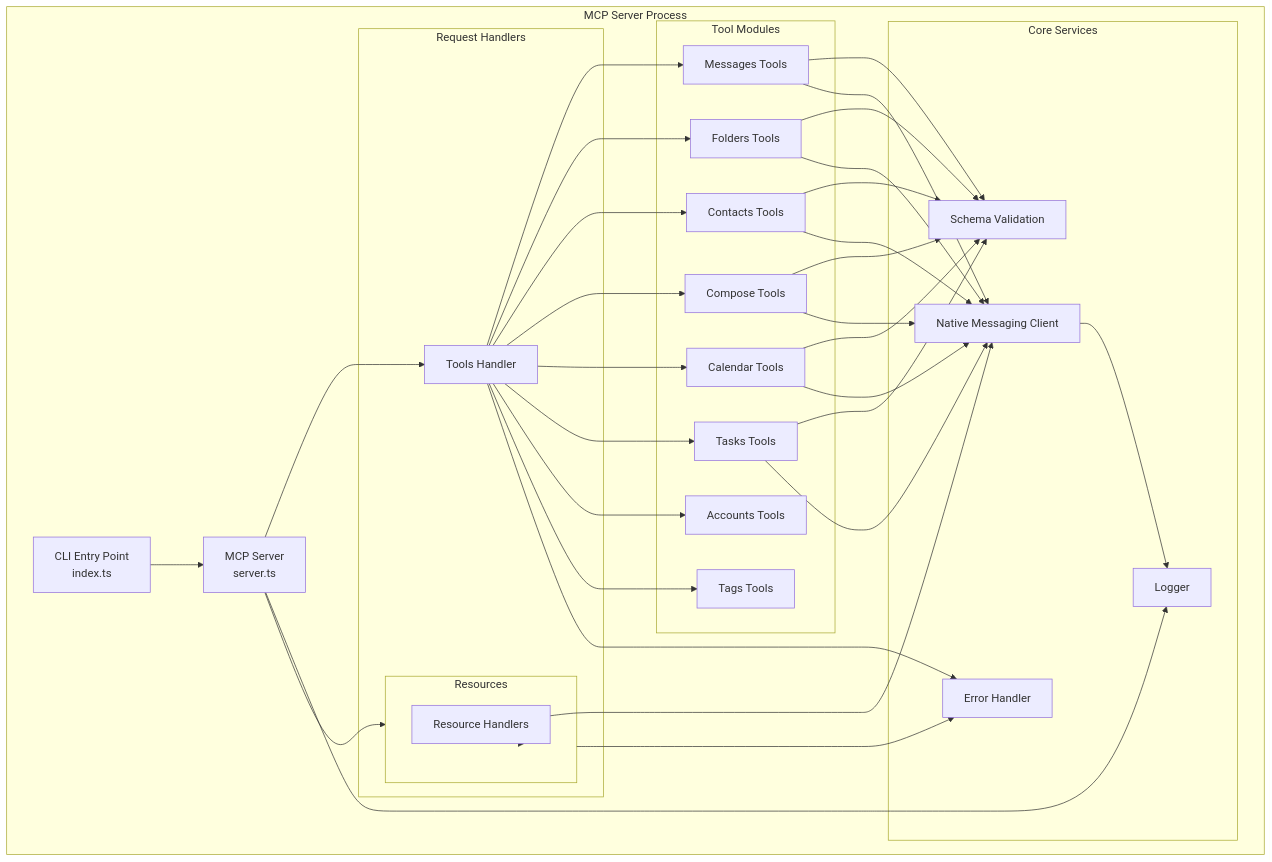
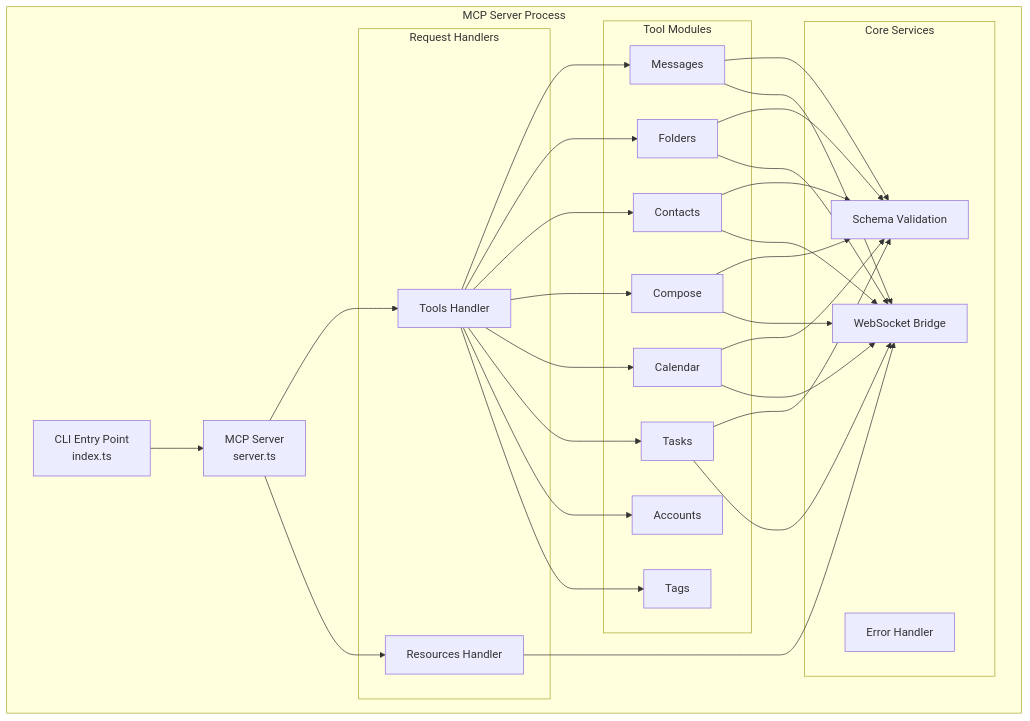
The diagram in docs/architecture/server.md (assistance-micro-design/zileo-mcp-thunderbird), drawn with Mermaid before and after one commit. The commit also changed other lines of this file and 28 other files, not shown here.

````diff
--- a/docs/architecture/server.md
+++ b/docs/architecture/server.md
@@ -48,70 +43,29 @@
 ```mermaid
 graph TB
     subgraph "MCP Server Process"
         CLI[CLI Entry Point<br/>index.ts]
         Server[MCP Server<br/>server.ts]
 
         subgraph "Request Handlers"
             Tools[Tools Handler]
             Resources[Resources Handler]
         end
 
         subgraph "Tool Modules"
-            MSG[Messages Tools]
-            FLD[Folders Tools]
-            CNT[Contacts Tools]
-            CMP[Compose Tools]
-            CAL[Calendar Tools]
-            TSK[Tasks Tools]
-            ACC[Accounts Tools]
-            TAG[Tags Tools]
+            MSG[Messages] & FLD[Folders] & CNT[Contacts] & CMP[Compose]
+            CAL[Calendar] & TSK[Tasks] & ACC[Accounts] & TAG[Tags]
         end
 
         subgraph "Core Services"
-            NMClient[Native Messaging Client]
+            WSBridge[WebSocket Bridge]
             Validation[Schema Validation]
-            Logger[Logger]
             ErrorHandler[Error Handler]
-        end
-
-        subgraph "Resources"
-            ResHandlers[Resource Handlers]
         end
     end
 
-    CLI --> Server
-    Server --> Tools
-    Server --> Resources
-
-    Tools --> MSG
-    Tools --> FLD
-    Tools --> CNT
-    Tools --> CMP
-    Tools --> CAL
-    Tools --> TSK
-    Tools --> ACC
-    Tools --> TAG
-
-    Resources --> ResHandlers
-
-    MSG --> Validation
-    FLD --> Validation
-    CNT --> Validation
-    CMP --> Validation
-    CAL --> Validation
-    TSK --> Validation
-
-    MSG --> NMClient
-    FLD --> NMClient
-    CNT --> NMClient
-    CMP --> NMClient
-    CAL --> NMClient
-    TSK --> NMClient
-    ResHandlers --> NMClient
-
-    Tools --> ErrorHandler
-    Resources --> ErrorHandler
-
-    Server --> Logger
-    NMClient --> Logger
+    CLI --> Server --> Tools & Resources
+    Tools --> MSG & FLD & CNT & CMP & CAL & TSK & ACC & TAG
+    MSG & FLD & CNT & CMP & CAL & TSK --> Validation
+    MSG & FLD & CNT & CMP & CAL & TSK --> WSBridge
+    Resources --> WSBridge
 ```
````
